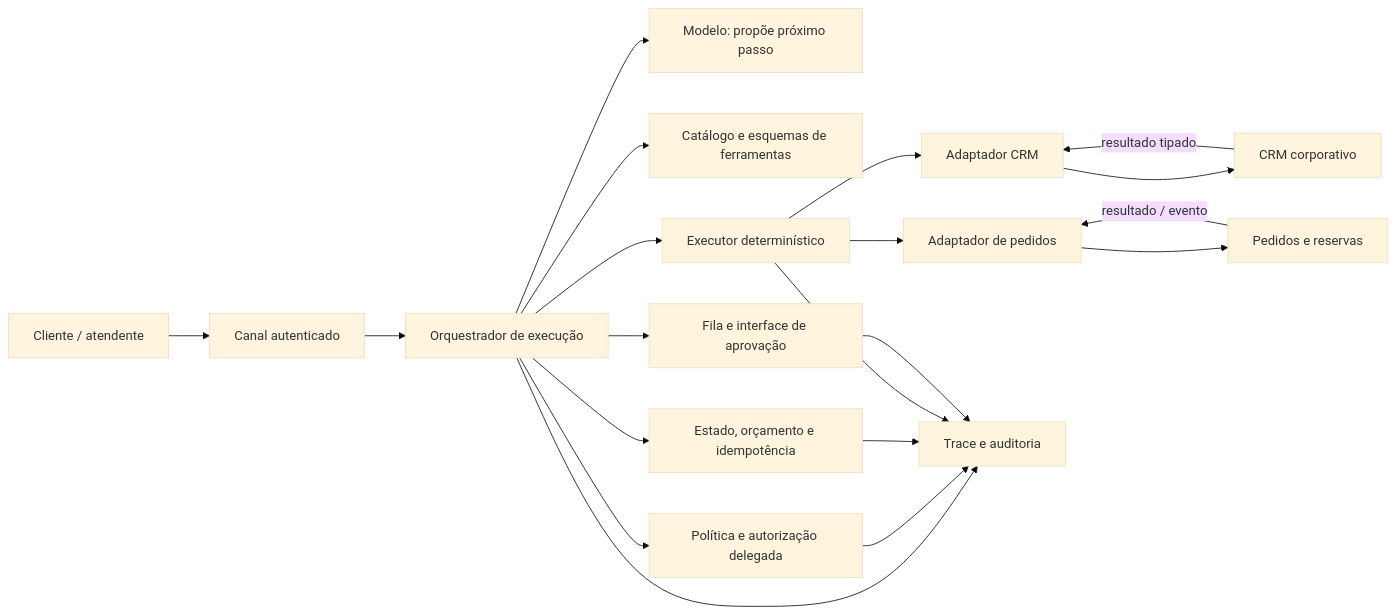
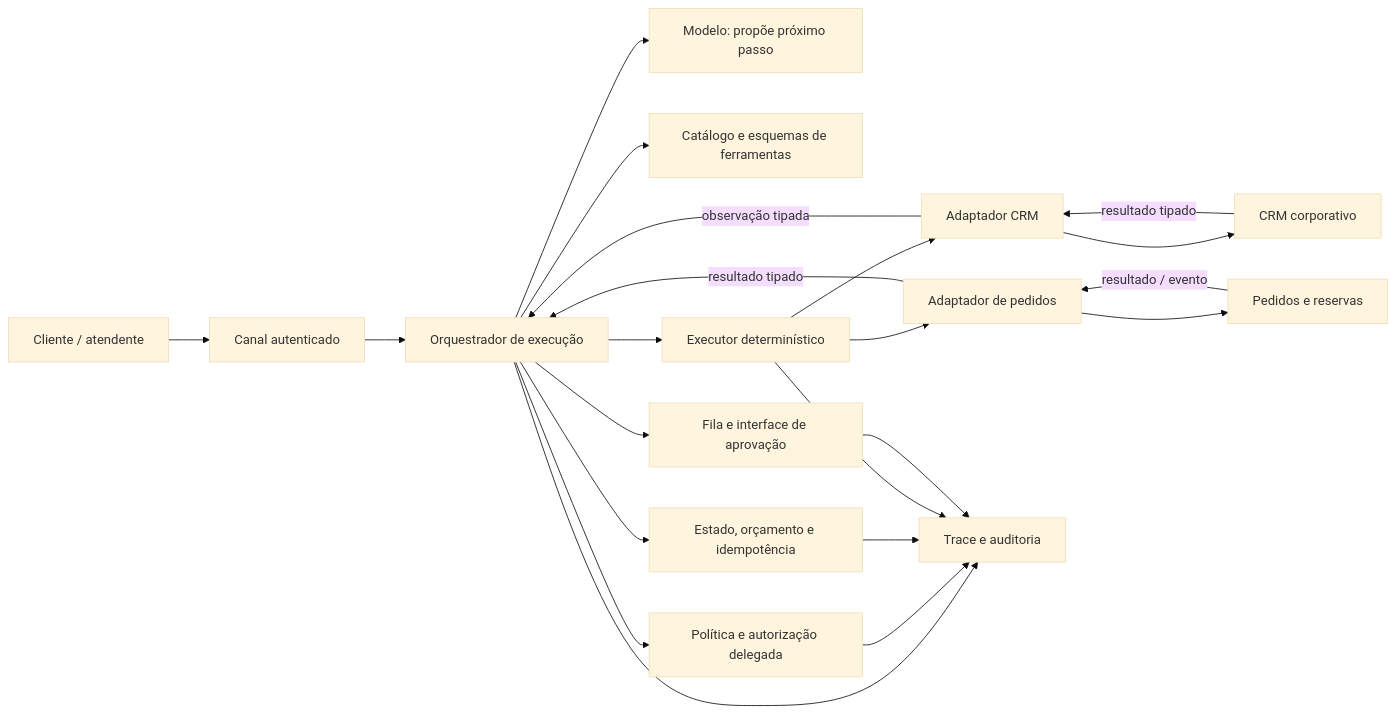
Before and after one commit to aulas-marco/arquitetura-solucoes-ia-generativa: the first of 2 diagrams in docs/modulo-4-agentes/exemplo-arquitetural.md, drawn with Mermaid (base theme). The commit also changed 8 other files, not shown here.

````diff
--- a/docs/modulo-4-agentes/exemplo-arquitetural.md
+++ b/docs/modulo-4-agentes/exemplo-arquitetural.md
@@ -14,22 +14,24 @@
 ```mermaid
 flowchart LR
     U["Cliente / atendente"] --> UI["Canal autenticado"]
     UI --> ORQ["Orquestrador de execução"]
     ORQ --> LLM["Modelo: propõe próximo passo"]
     ORQ --> CAT["Catálogo e esquemas de ferramentas"]
     ORQ --> POL["Política e autorização delegada"]
     ORQ --> ST["Estado, orçamento e idempotência"]
     ORQ --> APR["Fila e interface de aprovação"]
     ORQ --> EXE["Executor determinístico"]
     EXE --> ACRM["Adaptador CRM"]
     EXE --> APED["Adaptador de pedidos"]
     ACRM --> CRM["CRM corporativo"]
     APED --> PED["Pedidos e reservas"]
     CRM -- "resultado tipado" --> ACRM
     PED -- "resultado / evento" --> APED
+    ACRM -- "observação tipada" --> ORQ
+    APED -- "resultado tipado" --> ORQ
     ORQ --> AUD["Trace e auditoria"]
     POL --> AUD
     ST --> AUD
     EXE --> AUD
     APR --> AUD
 ```
````
